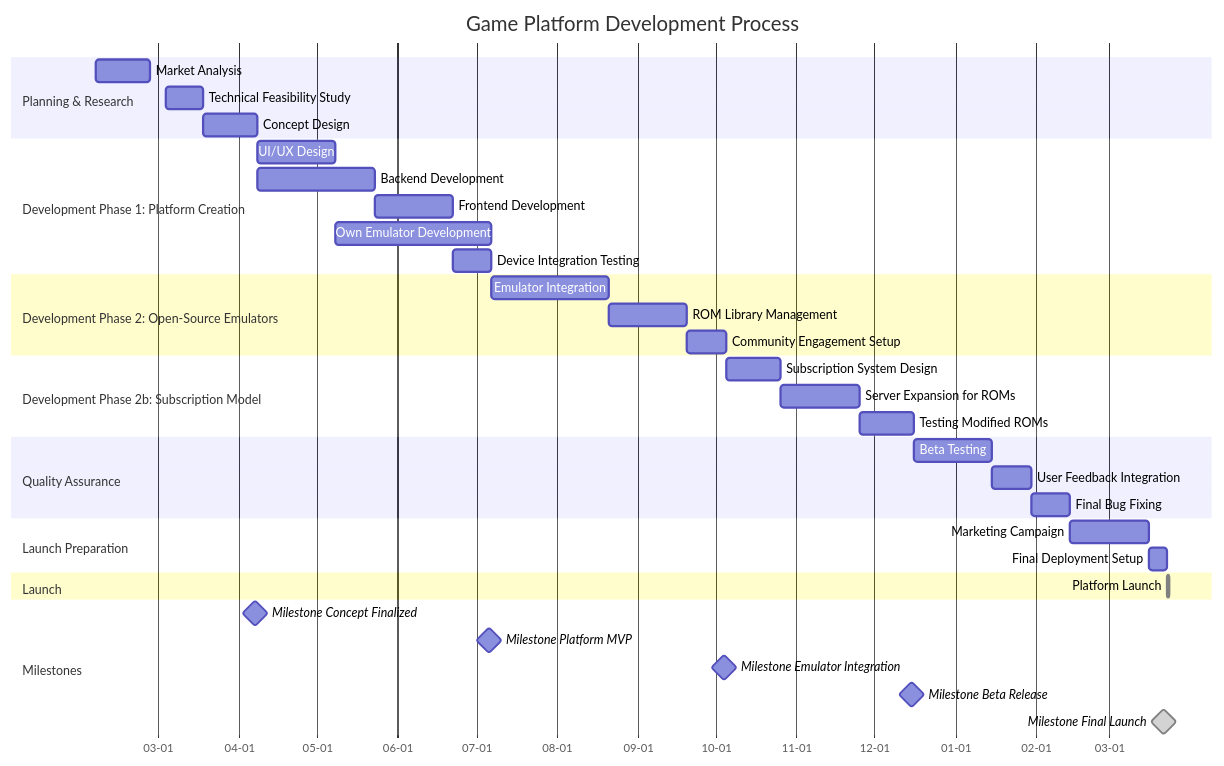
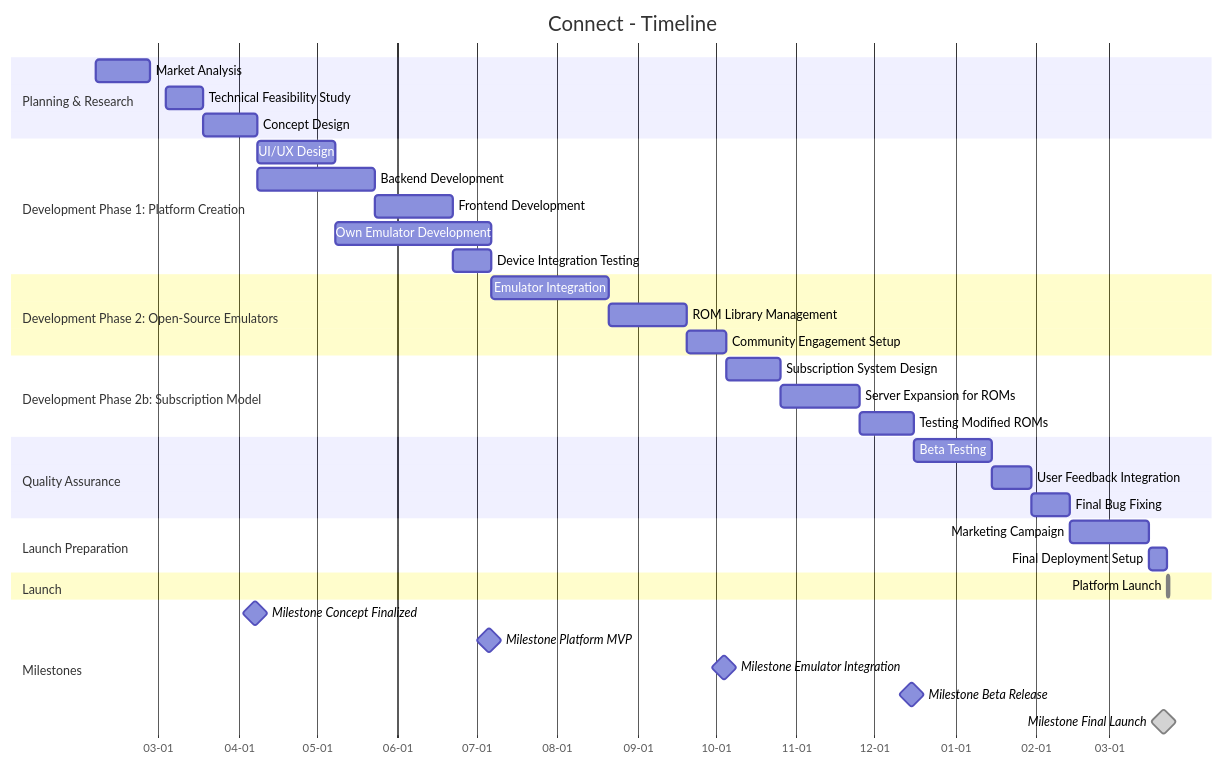
The diagram in .development/jan/README.md (IxI-Enki/project-connect), drawn with Mermaid before and after one commit. The commit also changed other lines of this file, not shown here.

````diff
--- a/.development/jan/README.md
+++ b/.development/jan/README.md
@@ -262,40 +260,40 @@
 ```mermaid
 gantt
-		title Game Platform Development Process
+		title Connect - Timeline
 		dateFormat  YYYY-MM-DD
 		axisFormat  %m-%d
 		section Planning & Research
 		Market Analysis          :m1, 2025-02-05, 21d
 		Technical Feasibility Study : m2, 2025-03-04, 14d
 		Concept Design            : m3, 2025-03-18, 21d
 		section Development Phase 1: Platform Creation
 		UI/UX Design              :a1, 2025-04-08, 30d
 		Backend Development        :a2, 2025-04-08, 45d
 		Frontend Development       :a3, 2025-05-23, 30d
 		Own Emulator Development   :a4, 2025-05-08, 60d
 		Device Integration Testing :a5, 2025-06-22, 15d
 		section Development Phase 2: Open-Source Emulators
 		Emulator Integration       :b1, 2025-07-07, 45d
 		ROM Library Management     :b2, 2025-08-21, 30d
 		Community Engagement Setup :b3, 2025-09-20, 15d
 		section Development Phase 2b: Subscription Model
 		Subscription System Design :c1, 2025-10-05, 21d
 		Server Expansion for ROMs  :c2, 2025-10-26, 30d
 		Testing Modified ROMs      :c3, 2025-11-25, 21d
 		section Quality Assurance
 		Beta Testing               :d1, 2025-12-16, 30d
 		User Feedback Integration  :d2, 2026-01-15, 15d
 		Final Bug Fixing           :d3, 2026-01-30, 15d
 		section Launch Preparation
 		Marketing Campaign         :e1, 2026-02-14, 30d
 		Final Deployment Setup     :e2, 2026-03-16, 7d
 		section Launch
 		Platform Launch            :done, 2026-03-23, 1d
 		section Milestones
 		Milestone Concept Finalized : milestone, m3, 2025-04-07, "Concept Design Complete"
 		Milestone Platform MVP : milestone, a5, 2025-07-06, "Platform MVP Ready"
 		Milestone Emulator Integration : milestone, b3, 2025-10-04, "Emulator & ROM System Operational"
 		Milestone Beta Release : milestone, d1, 2025-12-15, "Beta Version Released"
 		Milestone Final Launch : milestone, done, 2026-03-22, "Pre-Launch Checklist"
 
 ```
````
